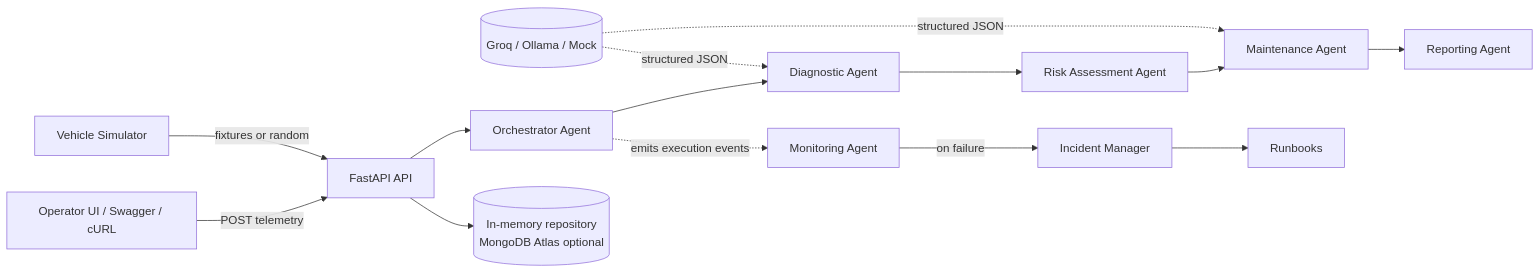
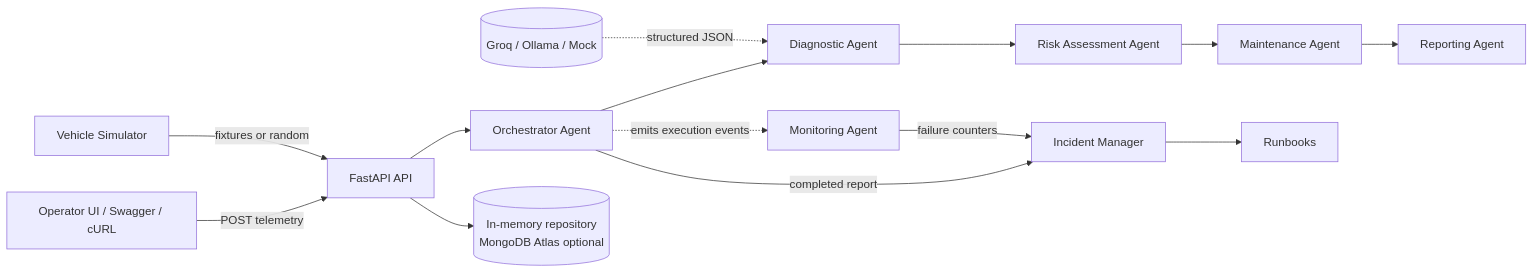
Before and after one commit to Ayman8Da/AutoGuard-Ai: the first of 2 diagrams in docs/ARCHITECTURE.md, drawn with Mermaid. The commit also changed other lines of this file and 21 other files, not shown here.

````diff
--- a/docs/ARCHITECTURE.md
+++ b/docs/ARCHITECTURE.md
@@ -24,16 +24,16 @@
 ```mermaid
 flowchart LR
     UI[Operator UI / Swagger / cURL] -->|POST telemetry| API[FastAPI API]
     SIM[Vehicle Simulator] -->|fixtures or random| API
     API --> ORCH[Orchestrator Agent]
     ORCH --> DIAG[Diagnostic Agent]
     DIAG --> RISK[Risk Assessment Agent]
     RISK --> MAINT[Maintenance Agent]
     MAINT --> REP[Reporting Agent]
     ORCH -. emits execution events .-> MON[Monitoring Agent]
-    MON -->|on failure| INC[Incident Manager]
+    ORCH -->|completed report| INC[Incident Manager]
+    MON -->|failure counters| INC
     INC --> RB[Runbooks]
     LLM[(Groq / Ollama / Mock)] -. structured JSON .-> DIAG
-    LLM -. structured JSON .-> MAINT
     API --> STORE[(In-memory repository<br/>MongoDB Atlas optional)]
 ```
````
